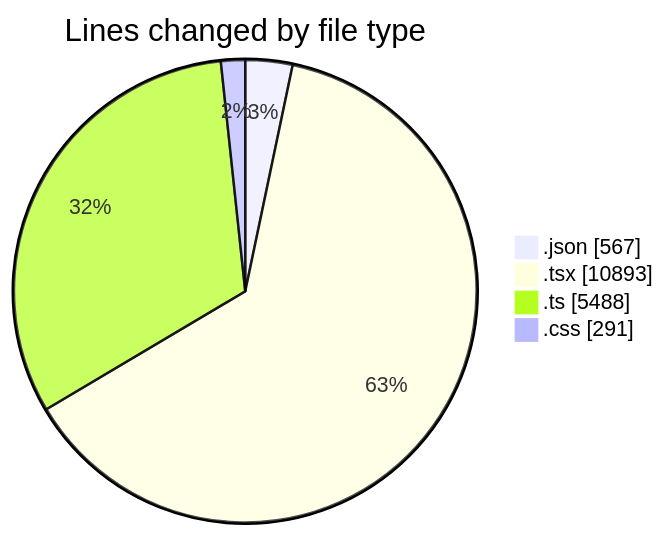
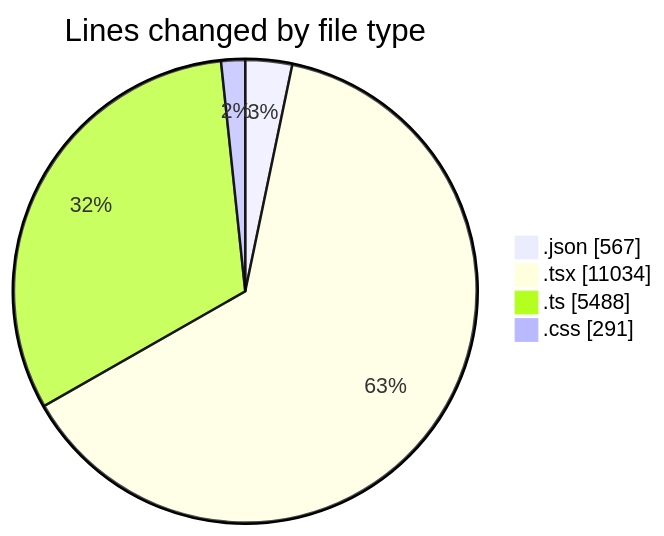
Before and after one commit to julien-gomy/code-tracking: the first of 2 diagrams in 2025-10-07/eventscop-frontend-guide__workspace_/README.md, drawn with Mermaid. The commit also changed other lines of this file and 1 other file, not shown here.

````diff
--- a/2025-10-07/eventscop-frontend-guide__workspace_/README.md
+++ b/2025-10-07/eventscop-frontend-guide__workspace_/README.md
@@ -96,8 +96,8 @@
 ```mermaid
 pie showData
 title Lines changed by file type
 ".json" : 567
-".tsx" : 10893
+".tsx" : 11034
 ".ts" : 5488
 ".css" : 291
 ```
````
